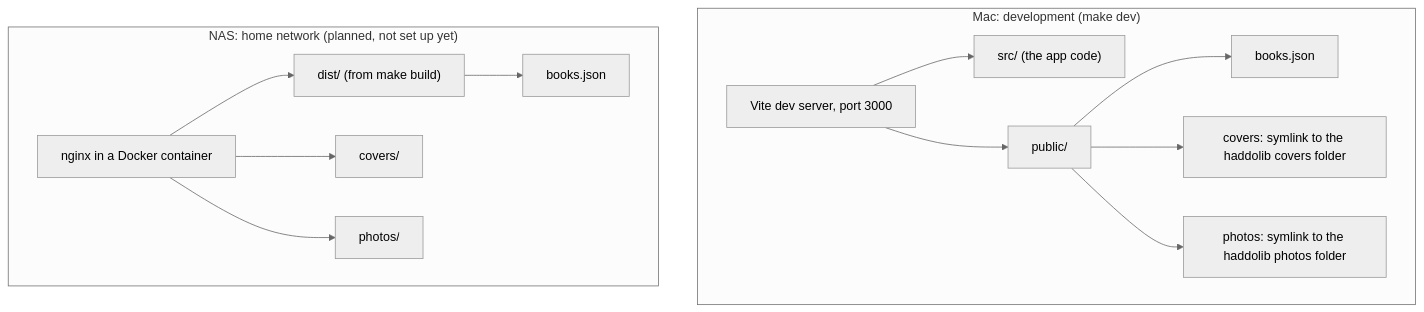
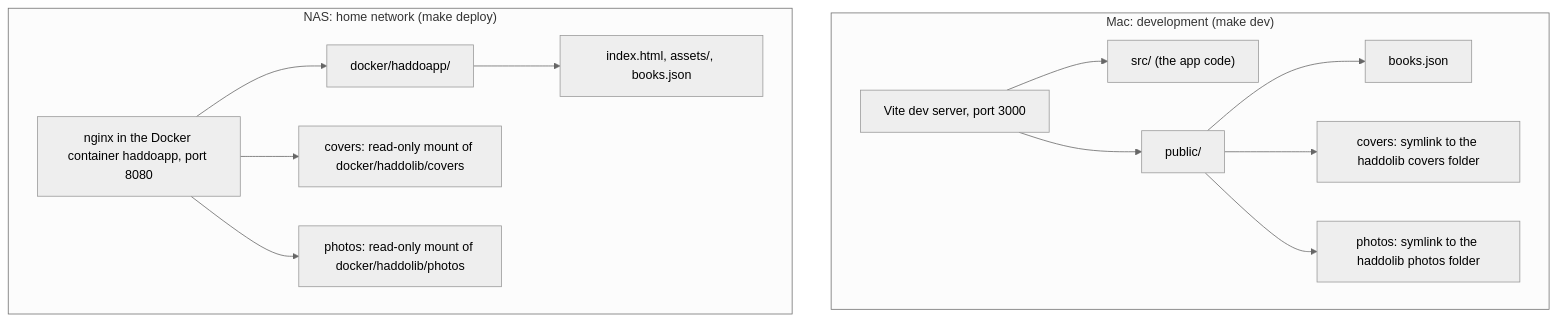
Before and after one commit to fschuhi/haddoapp: the second of 3 diagrams in README.md, drawn with Mermaid (neutral theme). The commit also changed other lines of this file, not shown here.

Commit message:
README: the app on the NAS, container setup, make deploy, home-screen icon

````diff
--- a/README.md
+++ b/README.md
@@ -60,16 +60,16 @@
 ```mermaid
 flowchart TB
     subgraph mac ["Mac: development (make dev)"]
         vite["Vite dev server, port 3000"] --> src["src/ (the app code)"]
         vite --> pub["public/"]
         pub --> bj1["books.json"]
         pub --> c1["covers: symlink to the haddolib covers folder"]
         pub --> p1["photos: symlink to the haddolib photos folder"]
     end
-    subgraph nas ["NAS: home network (planned, not set up yet)"]
-        nginx["nginx in a Docker container"] --> dist["dist/ (from make build)"]
-        dist --> bj2["books.json"]
-        nginx --> c2["covers/"]
-        nginx --> p2["photos/"]
+    subgraph nas ["NAS: home network (make deploy)"]
+        nginx["nginx in the Docker container haddoapp, port 8080"] --> app["docker/haddoapp/"]
+        app --> bj2["index.html, assets/, books.json"]
+        nginx --> c2["covers: read-only mount of docker/haddolib/covers"]
+        nginx --> p2["photos: read-only mount of docker/haddolib/photos"]
     end
 ```
````
